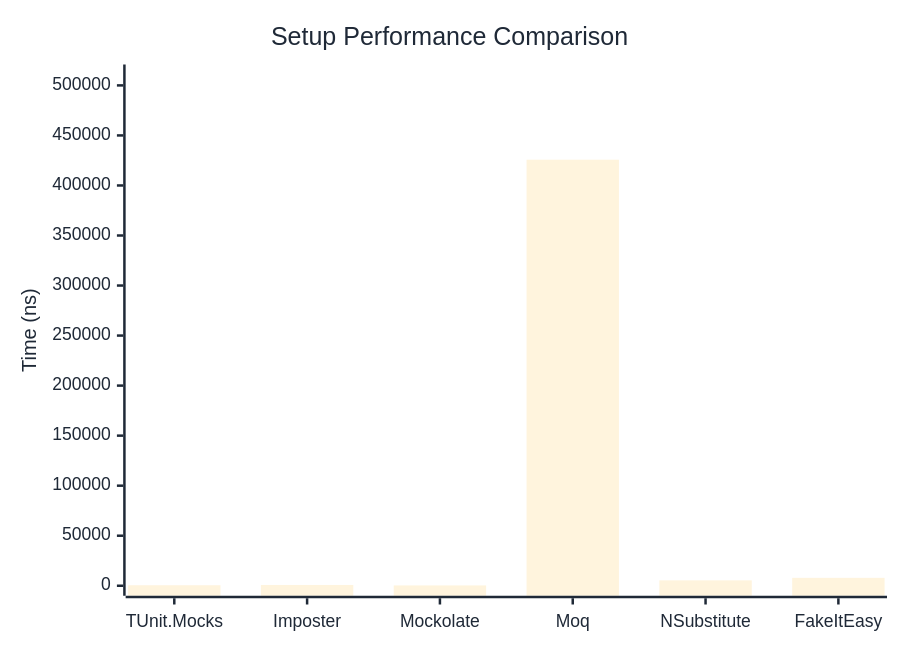
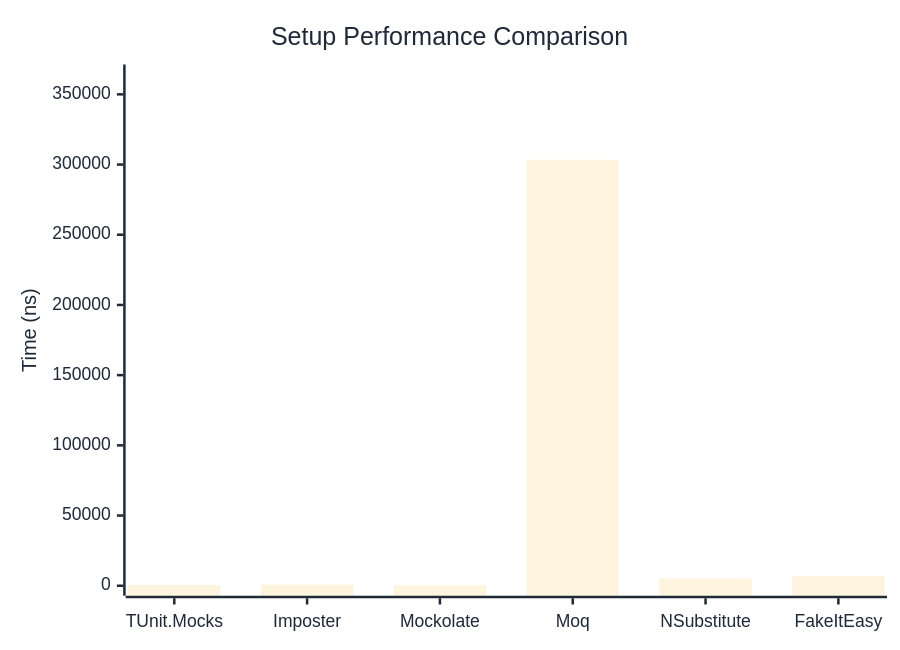
One commit to thomhurst/TUnit changed the first of 2 diagrams in docs/docs/benchmarks/mocks/Setup.md. Above: the diagram before and after it, drawn with Mermaid. The commit also changed other lines of this file and 14 other files, not shown here.

````diff
--- a/docs/docs/benchmarks/mocks/Setup.md
+++ b/docs/docs/benchmarks/mocks/Setup.md
@@ -30,27 +30,27 @@
 ```mermaid
 %%{init: {
   'theme':'base',
   'themeVariables': {
     'primaryColor': '#2563eb',
     'primaryTextColor': '#1f2937',
     'primaryBorderColor': '#1e40af',
     'lineColor': '#6b7280',
     'secondaryColor': '#7c3aed',
     'tertiaryColor': '#dc2626',
     'background': '#ffffff',
     'pie1': '#2563eb',
     'pie2': '#7c3aed',
     'pie3': '#dc2626',
     'pie4': '#f59e0b',
     'pie5': '#10b981',
     'pie6': '#06b6d4',
     'pie7': '#ec4899',
     'pie8': '#6366f1'
   }
 }}%%
 xychart-beta
   title "Setup Performance Comparison"
   x-axis ["TUnit.Mocks", "Imposter", "Mockolate", "Moq", "NSubstitute", "FakeItEasy"]
-  y-axis "Time (ns)" 0 --> 510891
-  bar [504.1, 800.3, 326.5, 425741.9, 5393.4, 7909.6]
+  y-axis "Time (ns)" 0 --> 364135
+  bar [534.1, 827.7, 381.5, 303445.7, 5192.3, 7085.9]
 ```
````
